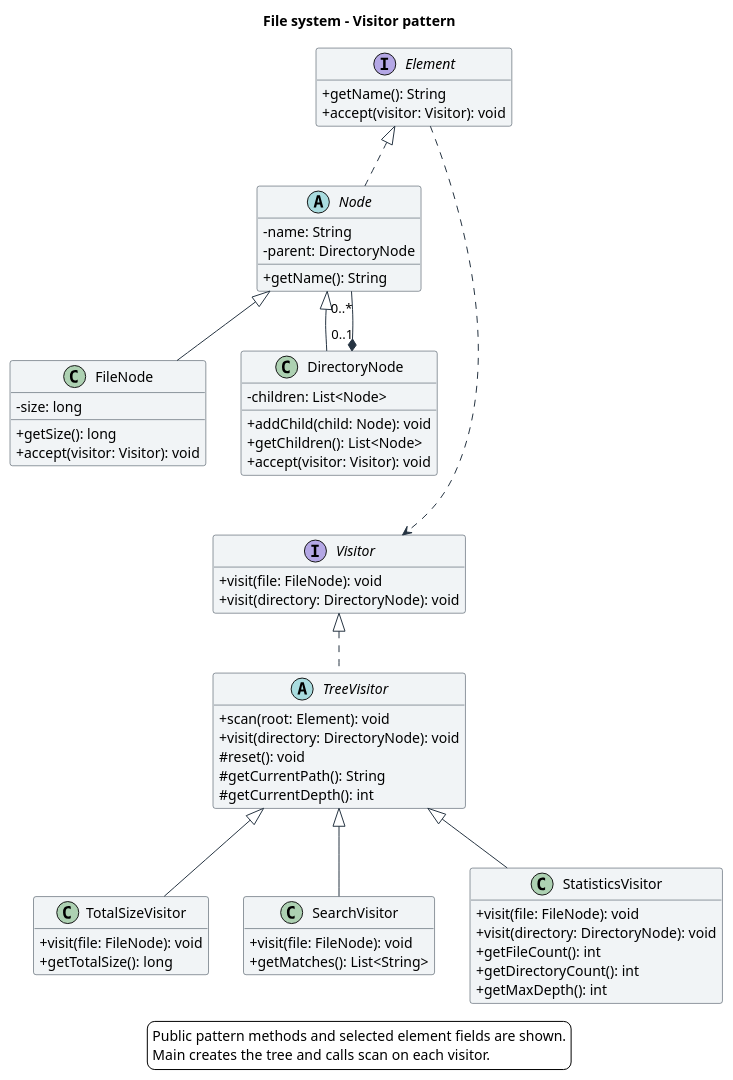
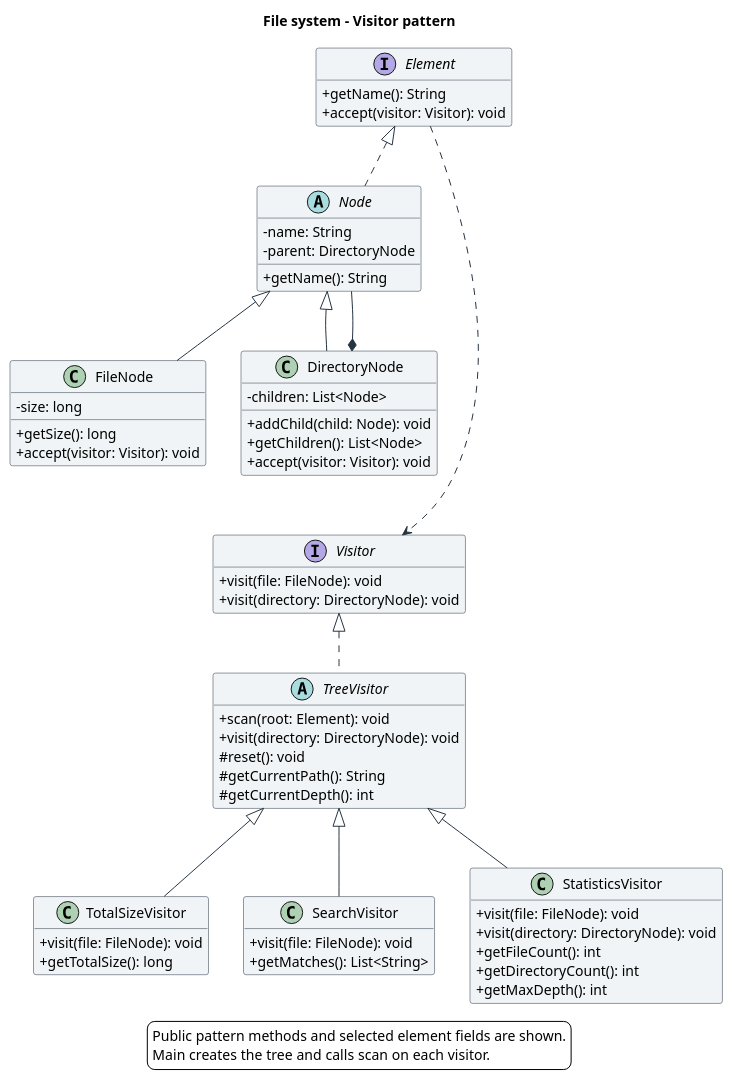
One commit to bossmerej-ship-it/SDP-6 changed the diagram in docs/visitor-uml.puml. Above: the diagram before and after it, drawn with PlantUML. The commit also changed 6 other files, not shown here.

Commit message:
Remove UML multiplicities and rename assignment report

```diff
--- a/docs/visitor-uml.puml
+++ b/docs/visitor-uml.puml
@@ -1,77 +1,77 @@
 @startuml
 title File system - Visitor pattern
 skinparam backgroundColor white
 skinparam shadowing false
 skinparam defaultFontName "Segoe UI"
 skinparam classBackgroundColor #F1F4F6
 skinparam classBorderColor #263442
 skinparam ArrowColor #263442
 skinparam classAttributeIconSize 0
 hide empty members
 top to bottom direction
 
 interface Element {
   + getName(): String
   + accept(visitor: Visitor): void
 }
 abstract class Node {
   - name: String
   - parent: DirectoryNode
   + getName(): String
 }
 class FileNode {
   - size: long
   + getSize(): long
   + accept(visitor: Visitor): void
 }
 class DirectoryNode {
   - children: List<Node>
   + addChild(child: Node): void
   + getChildren(): List<Node>
   + accept(visitor: Visitor): void
 }
 interface Visitor {
   + visit(file: FileNode): void
   + visit(directory: DirectoryNode): void
 }
 abstract class TreeVisitor {
   + scan(root: Element): void
   + visit(directory: DirectoryNode): void
   # reset(): void
   # getCurrentPath(): String
   # getCurrentDepth(): int
 }
 class TotalSizeVisitor {
   + visit(file: FileNode): void
   + getTotalSize(): long
 }
 class SearchVisitor {
   + visit(file: FileNode): void
   + getMatches(): List<String>
 }
 class StatisticsVisitor {
   + visit(file: FileNode): void
   + visit(directory: DirectoryNode): void
   + getFileCount(): int
   + getDirectoryCount(): int
   + getMaxDepth(): int
 }
 
 Element <|.. Node
 Node <|-- FileNode
 Node <|-- DirectoryNode
-DirectoryNode "0..1" *-- "0..*" Node
+DirectoryNode *-- Node
 Element ..> Visitor
 Visitor <|.. TreeVisitor
 TreeVisitor <|-- TotalSizeVisitor
 TreeVisitor <|-- SearchVisitor
 TreeVisitor <|-- StatisticsVisitor
 
 FileNode -[hidden]down-> Visitor
 DirectoryNode -[hidden]down-> Visitor
 
 legend bottom
   Public pattern methods and selected element fields are shown.
   Main creates the tree and calls scan on each visitor.
 endlegend
 @enduml
```
